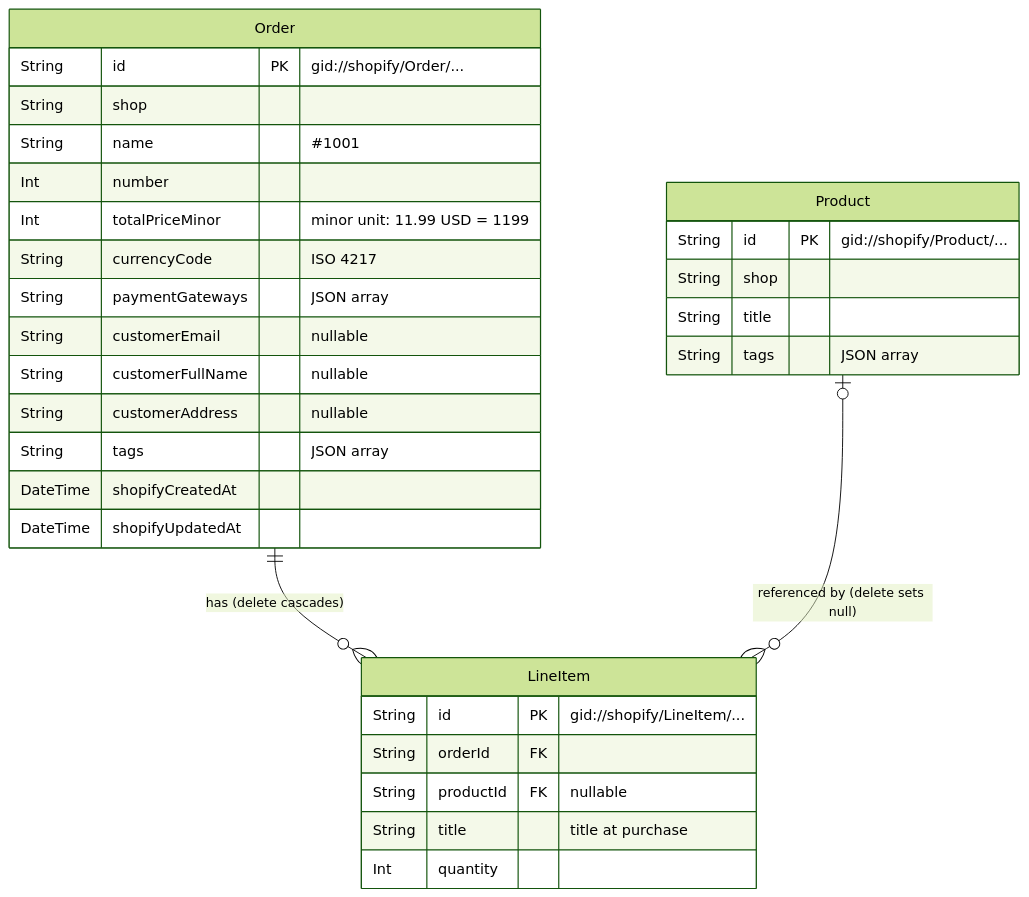
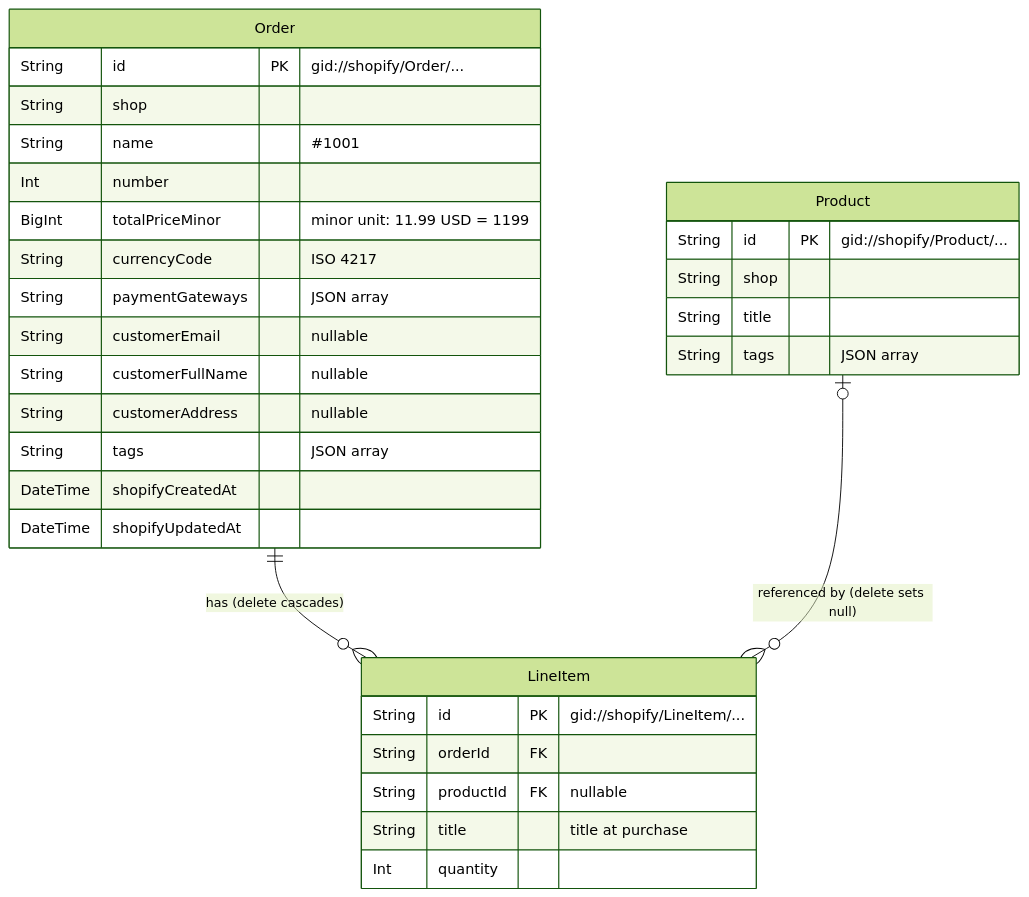
The diagram in README.md (rukiita/shopify_test), drawn with Mermaid (forest theme) before and after one commit. The commit also changed other lines of this file, not shown here.

Commit message:
docs: describe the order total as BigInt in the README (#63)

````diff
--- a/README.md
+++ b/README.md
@@ -87,34 +87,34 @@
 ```mermaid
 erDiagram
   Order ||--o{ LineItem : "has (delete cascades)"
   Product |o--o{ LineItem : "referenced by (delete sets null)"
 
   Order {
     String id PK "gid://shopify/Order/..."
     String shop
     String name "#1001"
     Int number
-    Int totalPriceMinor "minor unit: 11.99 USD = 1199"
+    BigInt totalPriceMinor "minor unit: 11.99 USD = 1199"
     String currencyCode "ISO 4217"
     String paymentGateways "JSON array"
     String customerEmail "nullable"
     String customerFullName "nullable"
     String customerAddress "nullable"
     String tags "JSON array"
     DateTime shopifyCreatedAt
     DateTime shopifyUpdatedAt
   }
   LineItem {
     String id PK "gid://shopify/LineItem/..."
     String orderId FK
     String productId FK "nullable"
     String title "title at purchase"
     Int quantity
   }
   Product {
     String id PK "gid://shopify/Product/..."
     String shop
     String title
     String tags "JSON array"
   }
 ```
````
